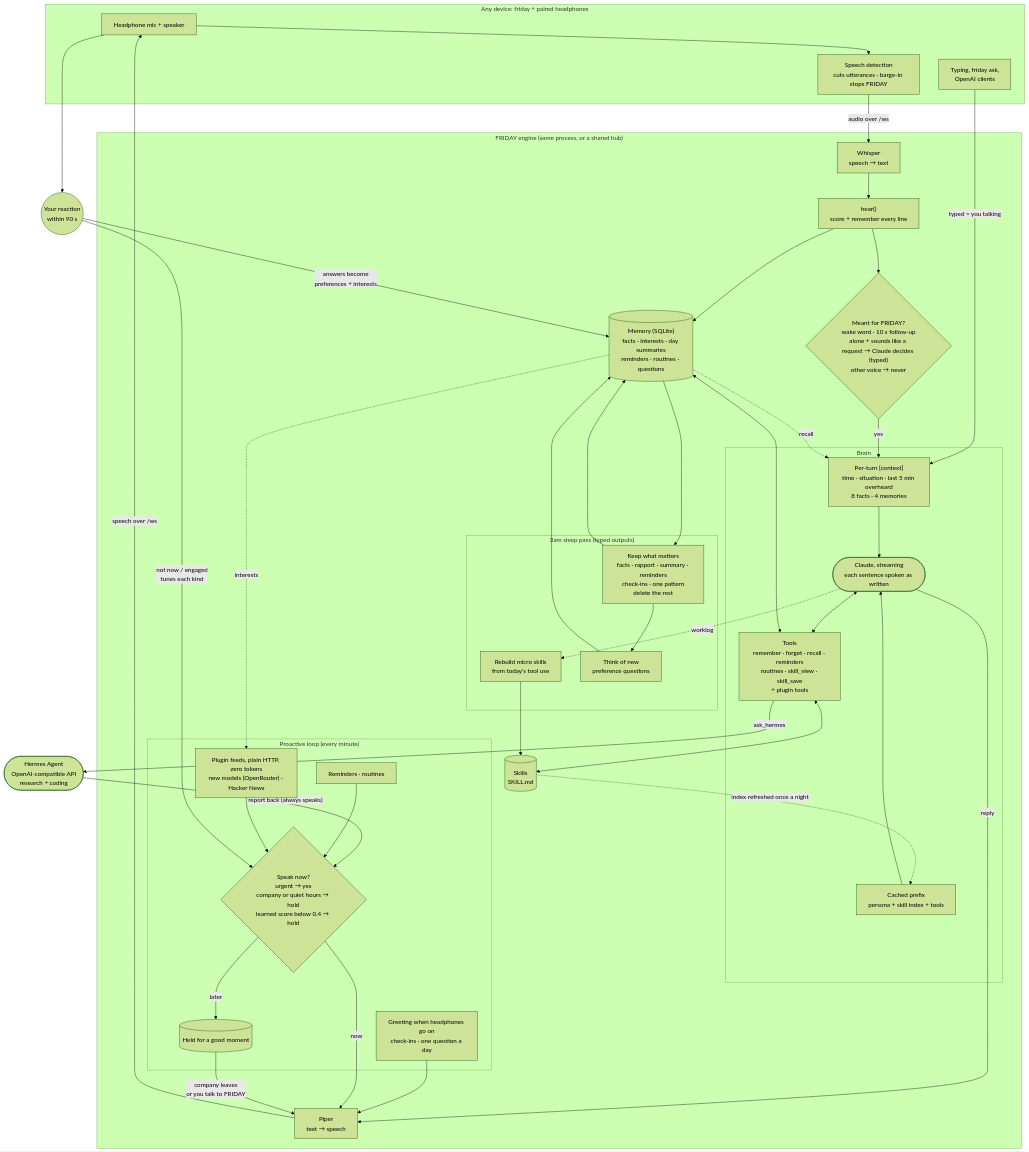
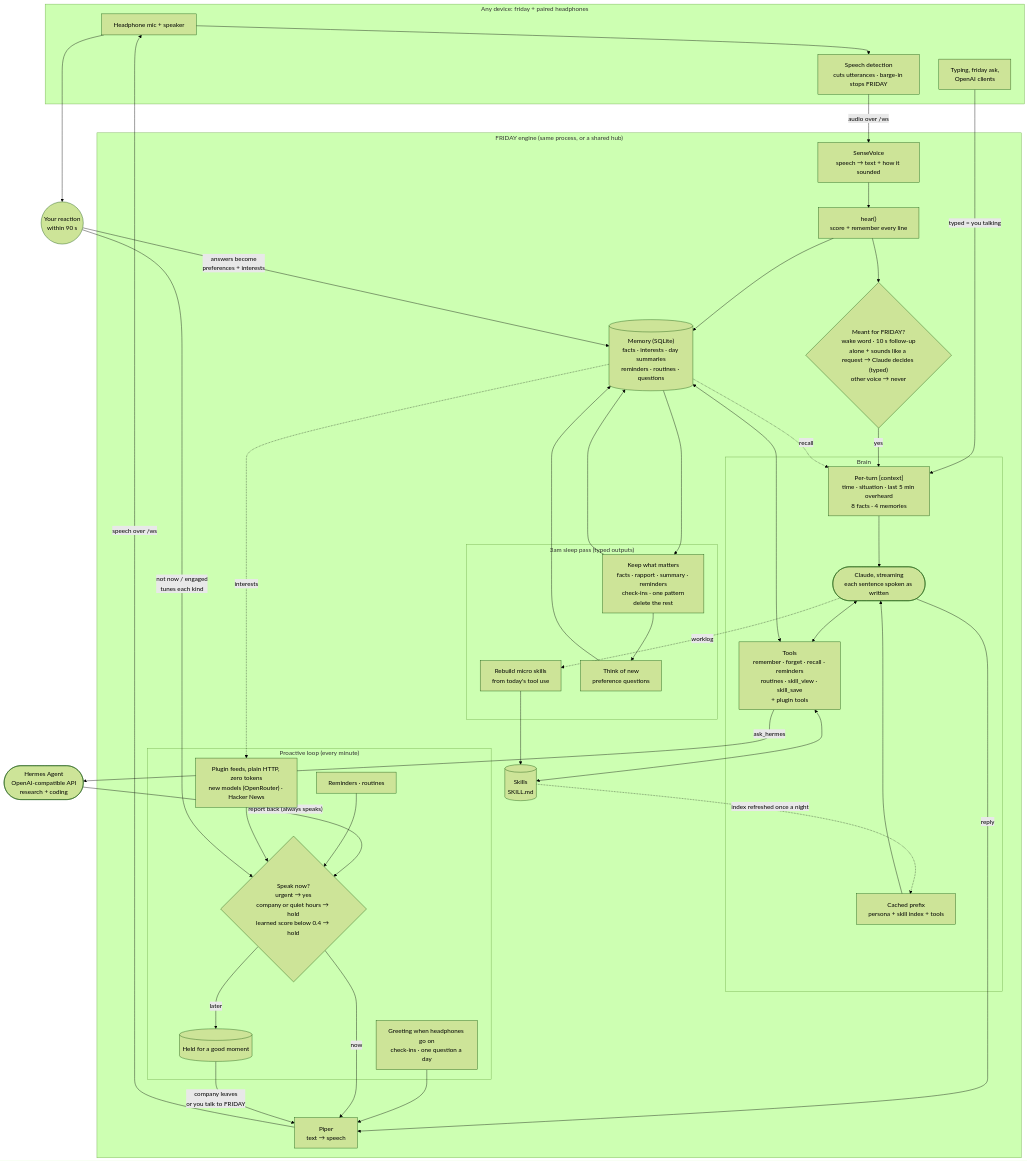
The first of 2 diagrams in docs/ARCHITECTURE.md (thesnarkitecht/friday), drawn with Mermaid (forest theme) before and after one commit. The commit also changed 14 other files, not shown here.

First line of the commit message:
One-line no-sudo install, SenseVoice ears, any OpenAI-compatible brain, graph, import/export

````diff
--- a/docs/ARCHITECTURE.md
+++ b/docs/ARCHITECTURE.md
@@ -8,75 +8,75 @@
 ```mermaid
 flowchart TB
     subgraph DEVICE["Any device: friday + paired headphones"]
         buds["Headphone mic + speaker"]
         vad["Speech detection<br/>cuts utterances · barge-in stops FRIDAY"]
         typed["Typing, friday ask,<br/>OpenAI clients"]
     end
 
     subgraph SERVER["FRIDAY engine (same process, or a shared hub)"]
-        stt["Whisper<br/>speech → text"]
+        stt["SenseVoice<br/>speech → text + how it sounded"]
         tts["Piper<br/>text → speech"]
         hear["hear()<br/>score + remember every line"]
         who{"Meant for FRIDAY?<br/>wake word · 10 s follow-up<br/>alone + sounds like a request → Claude decides (typed)<br/>other voice → never"}
 
         subgraph BRAIN["Brain"]
             prefix["Cached prefix<br/>persona + skill index + tools"]
             ctx["Per-turn [context]<br/>time · situation · last 5 min overheard<br/>8 facts · 4 memories"]
             claude(["Claude, streaming<br/>each sentence spoken as written"])
             tools["Tools<br/>remember · forget · recall · reminders<br/>routines · skill_view · skill_save<br/>+ plugin tools"]
         end
 
         mem[("Memory (SQLite)<br/>facts · interests · day summaries<br/>reminders · routines · questions")]
         skills[("Skills<br/>SKILL.md")]
 
         subgraph PRO["Proactive loop (every minute)"]
             due["Reminders · routines"]
             feeds["Plugin feeds, plain HTTP, zero tokens<br/>new models (OpenRouter) · Hacker News"]
             ask["Greeting when headphones go on<br/>check-ins · one question a day"]
             gate{"Speak now?<br/>urgent → yes<br/>company or quiet hours → hold<br/>learned score below 0.4 → hold"}
             held[("Held for a good moment")]
         end
 
         subgraph NIGHT["3am sleep pass (typed outputs)"]
             keep["Keep what matters<br/>facts · rapport · summary · reminders<br/>check-ins · one pattern<br/>delete the rest"]
             review["Rebuild micro skills<br/>from today's tool use"]
             newq["Think of new<br/>preference questions"]
         end
     end
 
     hermes(["Hermes Agent<br/>OpenAI-compatible API<br/>research + coding"])
     you(("Your reaction<br/>within 90 s"))
 
     buds --> vad -- "audio over /ws" --> stt --> hear
     typed -- "typed = you talking" --> ctx
     hear --> mem
     hear --> who
     who -- yes --> ctx
     mem -. recall .-> ctx
     prefix --> claude
     ctx --> claude
     claude <--> tools
     tools <--> mem
     tools <--> skills
     tools -- ask_hermes --> hermes
     hermes -- "report back (always speaks)" --> gate
     claude -- reply --> tts
 
     due --> gate
     feeds --> gate
     ask --> tts
     gate -- now --> tts
     gate -- later --> held
     held -- "company leaves<br/>or you talk to FRIDAY" --> tts
     tts -- "speech over /ws" --> buds
 
     buds --> you
     you -- "not now / engaged<br/>tunes each kind" --> gate
     you -- "answers become<br/>preferences + interests" --> mem
     mem -. interests .-> feeds
 
     mem --> keep --> mem
     claude -. worklog .-> review --> skills
     keep --> newq --> mem
     skills -. "index refreshed once a night" .-> prefix
 ```
````
